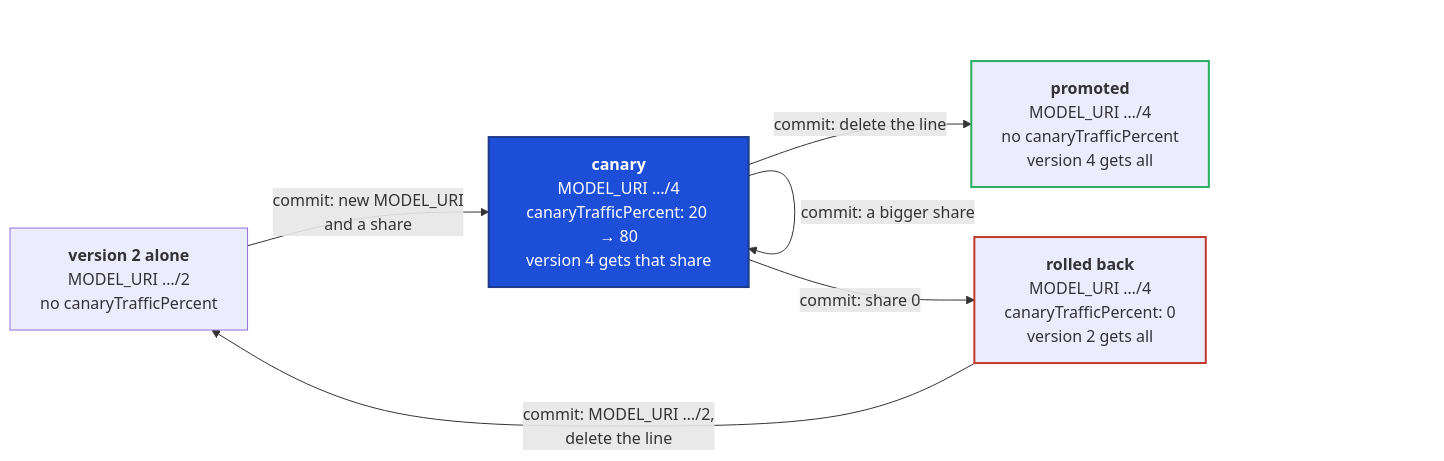
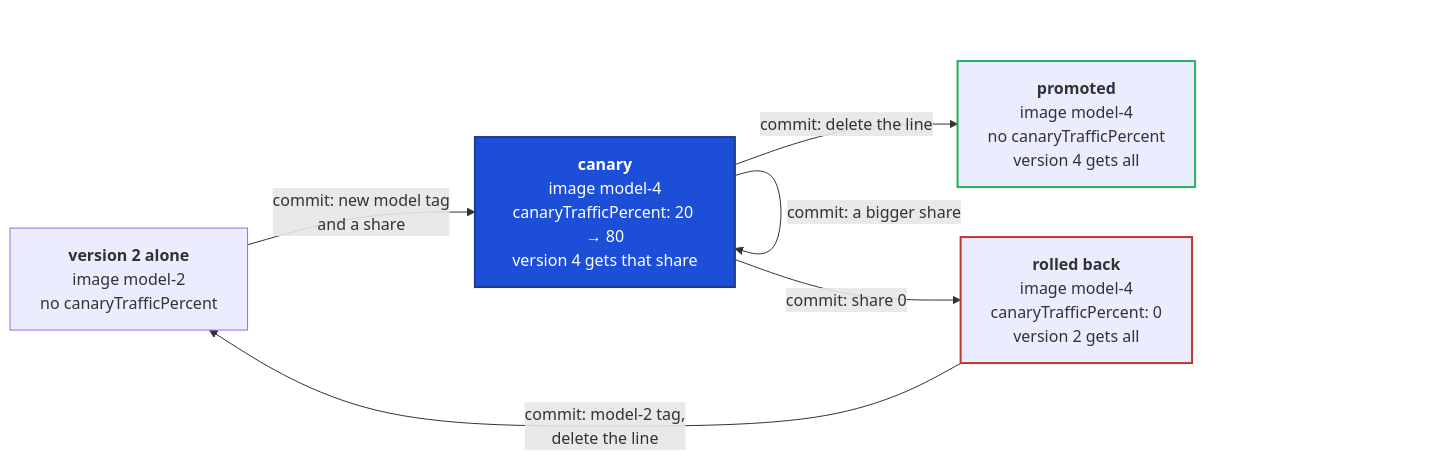
One commit to hiendat04/fraudstream changed the second of 4 diagrams in docs/ml/27_ab_testing.md. Above: the diagram before and after it, drawn with Mermaid. The commit also changed other lines of this file and 20 other files, not shown here.

First line of the commit message:
feat(ml): ship the model inside its image and tag production automatically

````diff
--- a/docs/ml/27_ab_testing.md
+++ b/docs/ml/27_ab_testing.md
@@ -61,20 +63,20 @@
 ```mermaid
 flowchart LR
-    A["<b>version 2 alone</b><br/>MODEL_URI …/2<br/>no canaryTrafficPercent"]
-    B["<b>canary</b><br/>MODEL_URI …/4<br/>canaryTrafficPercent: 20 → 80<br/>version 4 gets that share"]
-    C["<b>promoted</b><br/>MODEL_URI …/4<br/>no canaryTrafficPercent<br/>version 4 gets all"]
-    D["<b>rolled back</b><br/>MODEL_URI …/4<br/>canaryTrafficPercent: 0<br/>version 2 gets all"]
+    A["<b>version 2 alone</b><br/>image model-2<br/>no canaryTrafficPercent"]
+    B["<b>canary</b><br/>image model-4<br/>canaryTrafficPercent: 20 → 80<br/>version 4 gets that share"]
+    C["<b>promoted</b><br/>image model-4<br/>no canaryTrafficPercent<br/>version 4 gets all"]
+    D["<b>rolled back</b><br/>image model-4<br/>canaryTrafficPercent: 0<br/>version 2 gets all"]
 
-    A -- "commit: new MODEL_URI<br/>and a share" --> B
+    A -- "commit: new model tag<br/>and a share" --> B
     B -- "commit: a bigger share" --> B
     B -- "commit: delete the line" --> C
     B -- "commit: share 0" --> D
-    D -- "commit: MODEL_URI …/2,<br/>delete the line" --> A
+    D -- "commit: model-2 tag,<br/>delete the line" --> A
 
     classDef key fill:#1d4ed8,stroke:#1e3a8a,stroke-width:2px,color:#ffffff
     classDef pass stroke-width:2px,stroke:#27ae60
     classDef stop stroke-width:2px,stroke:#c0392b
     class B key
     class C pass
     class D stop
 ```
````
